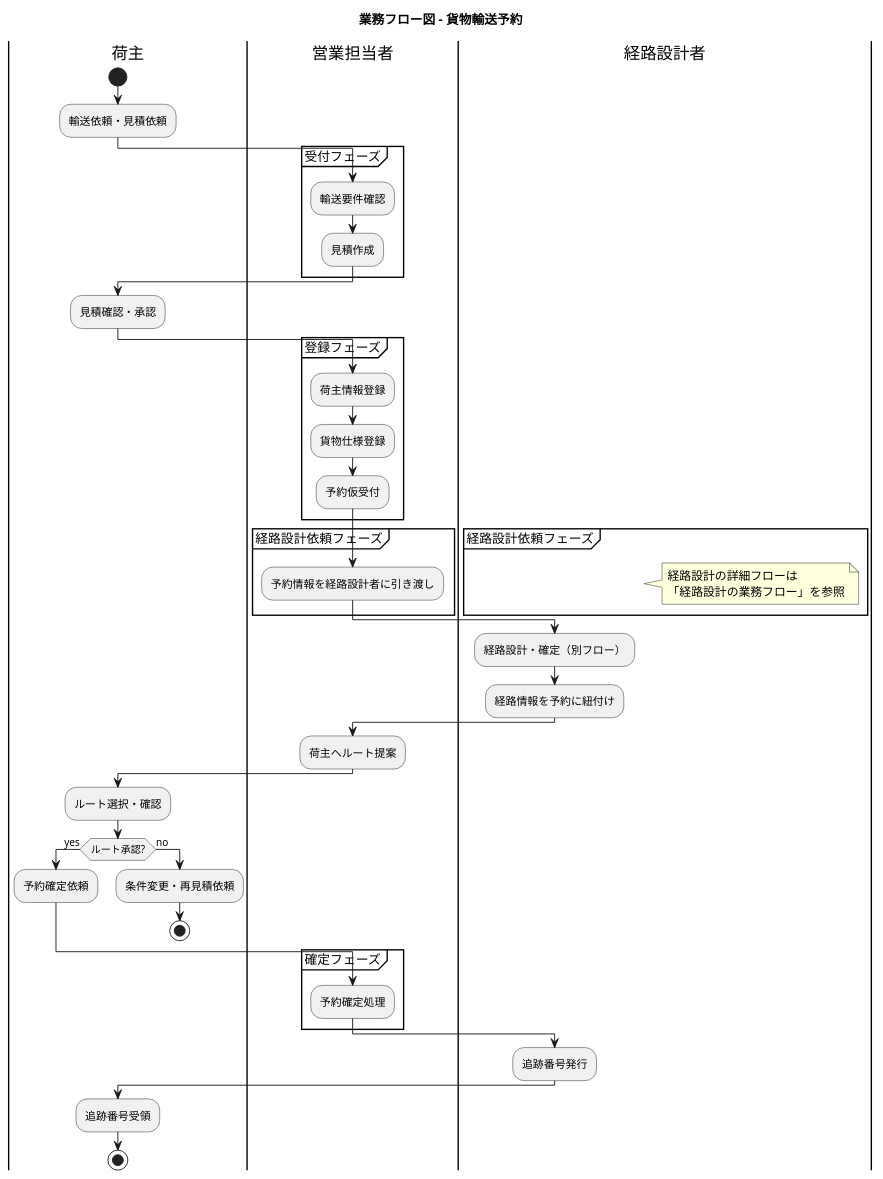
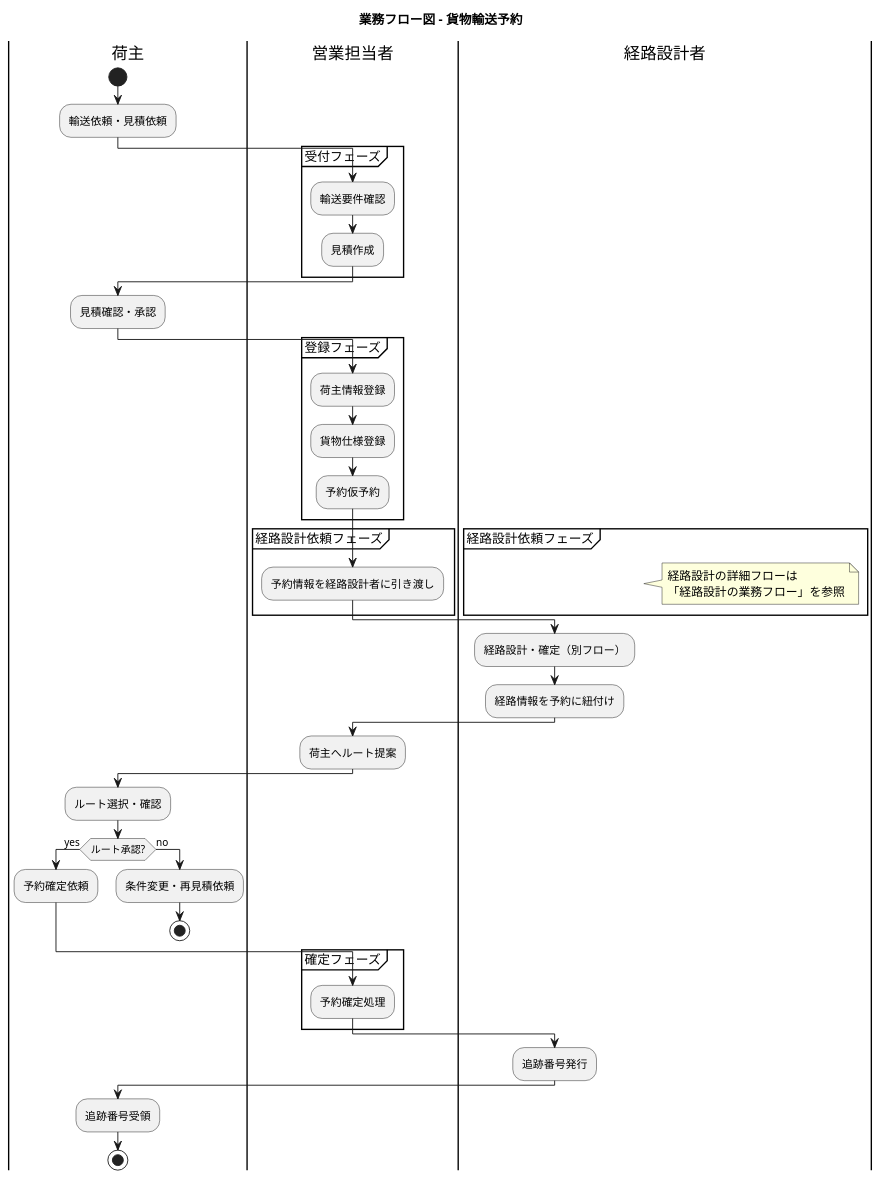
One commit to k2works/case-study-cargo-tracker changed the eighth of 21 diagrams in docs/requirements/requirements_definition.md. Above: the diagram before and after it, drawn with PlantUML. The commit also changed other lines of this file and 18 other files, not shown here.

````diff
--- a/docs/requirements/requirements_definition.md
+++ b/docs/requirements/requirements_definition.md
@@ -434,64 +434,64 @@
 ```plantuml
 @startuml
 
 title 業務フロー図 - 貨物輸送予約
 
 |荷主|
 start
 :輸送依頼・見積依頼;
 
 |営業担当者|
 partition 受付フェーズ {
   :輸送要件確認;
   :見積作成;
 }
 
 |荷主|
 :見積確認・承認;
 
 |営業担当者|
 partition 登録フェーズ {
   :荷主情報登録;
   :貨物仕様登録;
-  :予約仮受付;
+  :予約仮予約;
 }
 
 |営業担当者|
 partition 経路設計依頼フェーズ {
   :予約情報を経路設計者に引き渡し;
 }
 
 |経路設計者|
 note right
   経路設計の詳細フローは
   「経路設計の業務フロー」を参照
 end note
 :経路設計・確定（別フロー）;
 :経路情報を予約に紐付け;
 
 |営業担当者|
 :荷主へルート提案;
 
 |荷主|
 :ルート選択・確認;
 if (ルート承認?) then (yes)
   :予約確定依頼;
 else (no)
   :条件変更・再見積依頼;
   stop
 endif
 
 |営業担当者|
 partition 確定フェーズ {
   :予約確定処理;
 }
 
 |経路設計者|
 :追跡番号発行;
 
 |荷主|
 :追跡番号受領;
 stop
 
 @enduml
 ```
````
